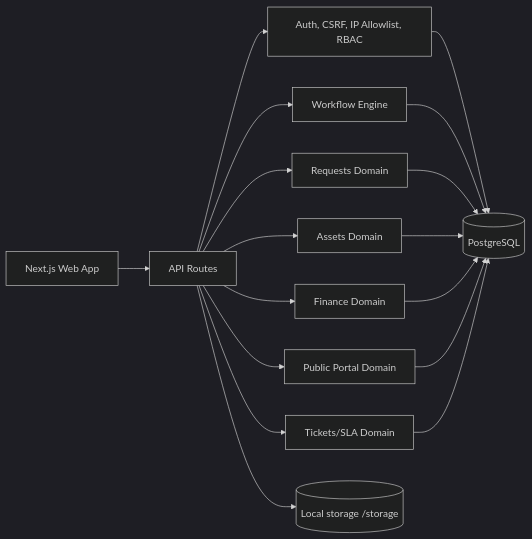
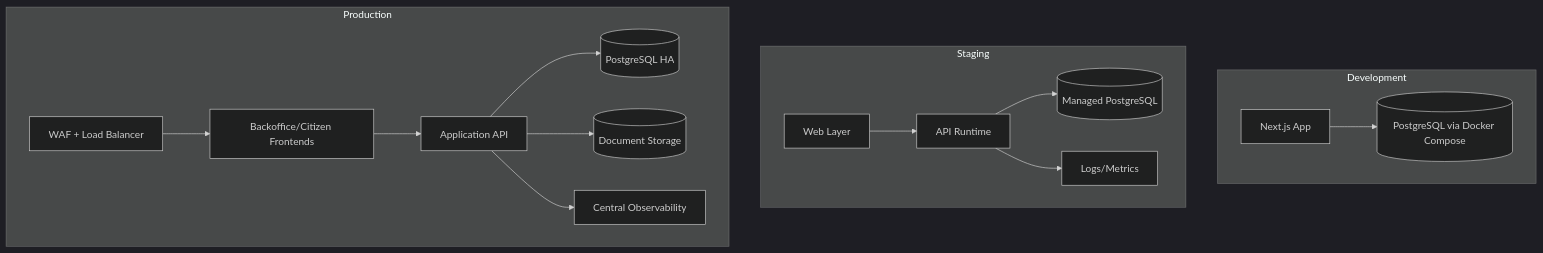
Before and after one commit to RomaoFilipe/StockBackup: the fourth of 5 diagrams in README.md, drawn with Mermaid (dark theme). The commit also changed other lines of this file, not shown here.

````diff
--- a/README.md
+++ b/README.md
@@ -144,21 +159,31 @@
 ```mermaid
-flowchart LR
-  UI[Next.js Web App] --> API[API Routes]
-  API --> AUTH[Auth, CSRF, IP Allowlist, RBAC]
-  API --> WF[Workflow Engine]
-  API --> REQ[Requests Domain]
-  API --> ASSET[Assets Domain]
-  API --> FIN[Finance Domain]
-  API --> PUB[Public Portal Domain]
-  API --> TKT[Tickets/SLA Domain]
+flowchart TB
+  subgraph DEV[Development]
+    DEVAPP[Next.js App]
+    DEVDB[(PostgreSQL via Docker Compose)]
+    DEVAPP --> DEVDB
+  end
 
-  AUTH --> DB[(PostgreSQL)]
-  WF --> DB
-  REQ --> DB
-  ASSET --> DB
-  FIN --> DB
-  PUB --> DB
-  TKT --> DB
+  subgraph STG[Staging]
+    STGWEB[Web Layer]
+    STGAPI[API Runtime]
+    STGDB[(Managed PostgreSQL)]
+    STGOBS[Logs/Metrics]
+    STGWEB --> STGAPI --> STGDB
+    STGAPI --> STGOBS
+  end
 
-  API --> STORAGE[(Local storage /storage)]
+  subgraph PRD[Production]
+    WAF[WAF + Load Balancer]
+    WEB[Backoffice/Citizen Frontends]
+    API[Application API]
+    DB[(PostgreSQL HA)]
+    STORE[(Document Storage)]
+    OBS[Central Observability]
+
+    WAF --> WEB --> API
+    API --> DB
+    API --> STORE
+    API --> OBS
+  end
 ```
````
